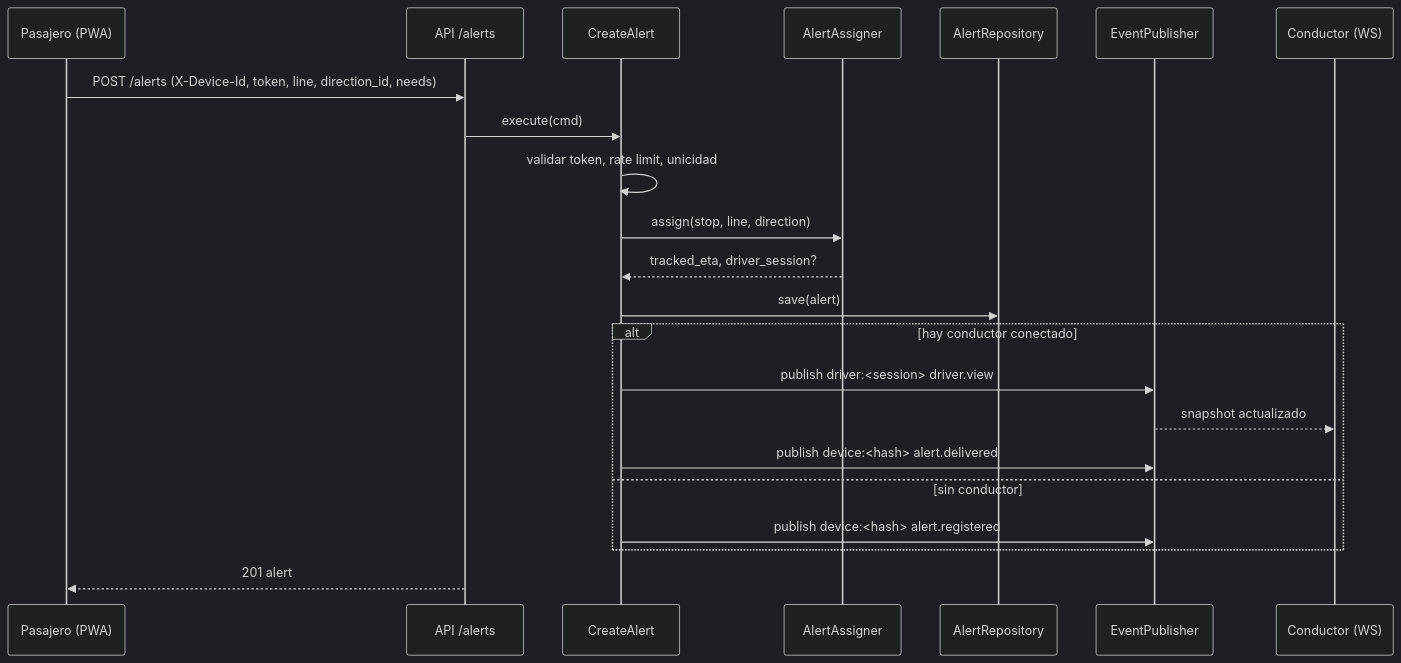
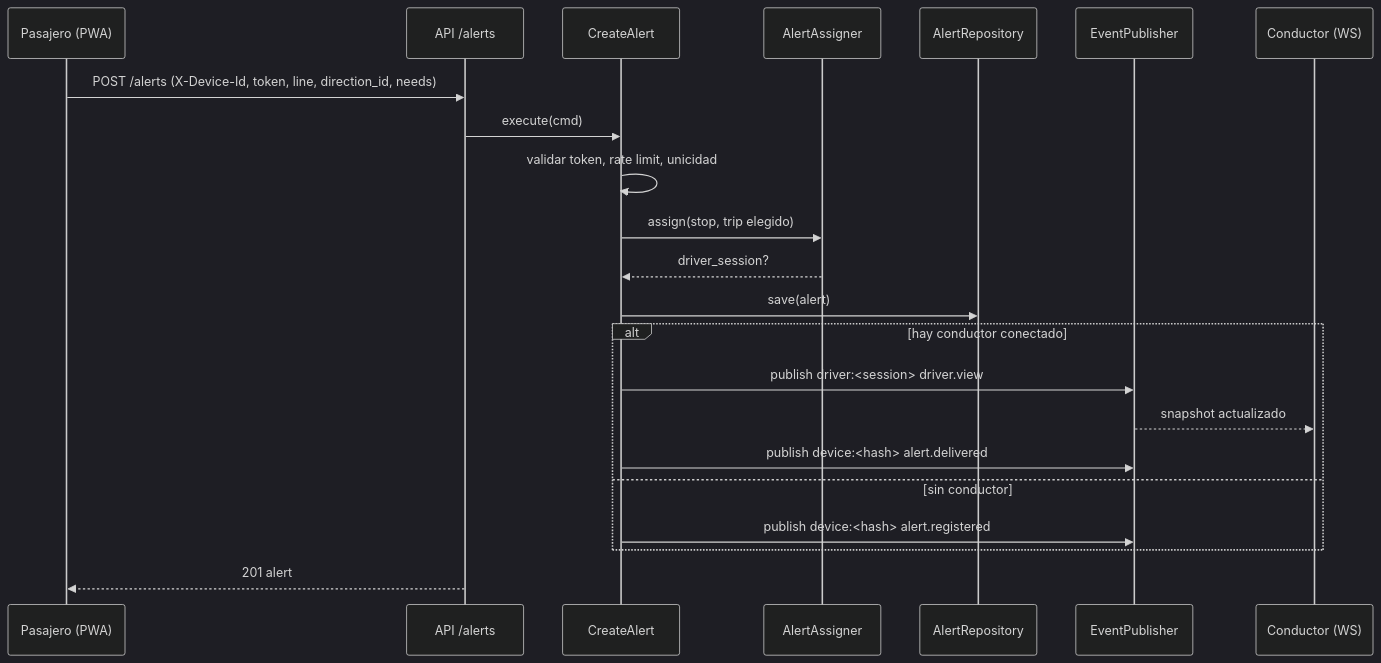
The fourth of 5 diagrams in docs/architecture.md (yeddar/avisabus), drawn with Mermaid (dark theme) before and after one commit. The commit also changed other lines of this file and 24 other files, not shown here.

````diff
--- a/docs/architecture.md
+++ b/docs/architecture.md
@@ -209,24 +212,24 @@
 ```mermaid
 sequenceDiagram
   participant PA as Pasajero (PWA)
   participant API as API /alerts
   participant UC as CreateAlert
   participant AS as AlertAssigner
   participant REPO as AlertRepository
   participant EV as EventPublisher
   participant DR as Conductor (WS)
   PA->>API: POST /alerts (X-Device-Id, token, line, direction_id, needs)
   API->>UC: execute(cmd)
   UC->>UC: validar token, rate limit, unicidad
-  UC->>AS: assign(stop, line, direction)
-  AS-->>UC: tracked_eta, driver_session?
+  UC->>AS: assign(stop, trip elegido)
+  AS-->>UC: driver_session?
   UC->>REPO: save(alert)
   alt hay conductor conectado
     UC->>EV: publish driver:<session> driver.view
     EV-->>DR: snapshot actualizado
     UC->>EV: publish device:<hash> alert.delivered
   else sin conductor
     UC->>EV: publish device:<hash> alert.registered
   end
   API-->>PA: 201 alert
 ```
````
